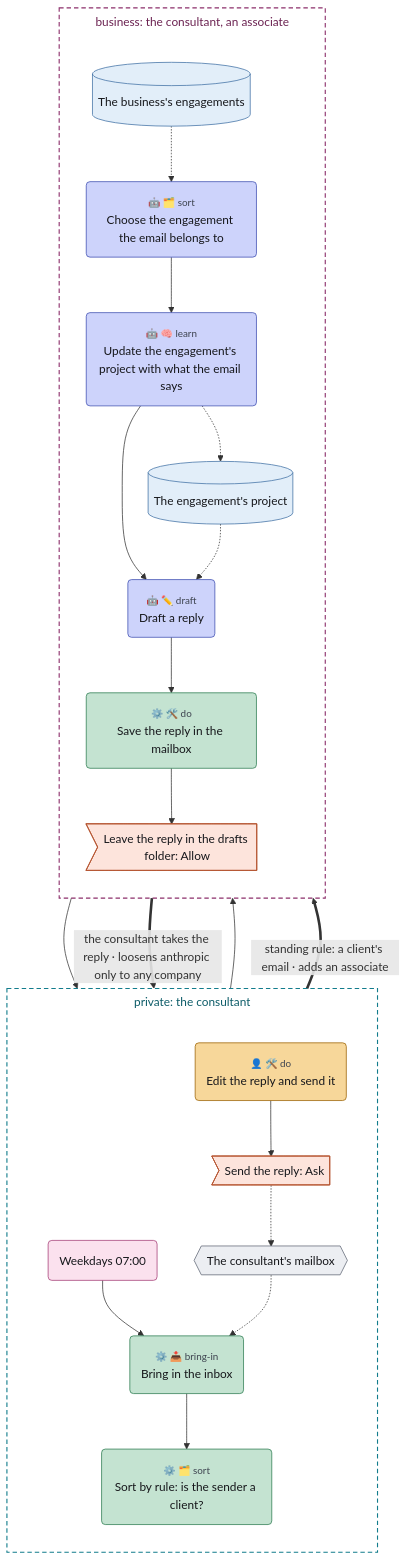
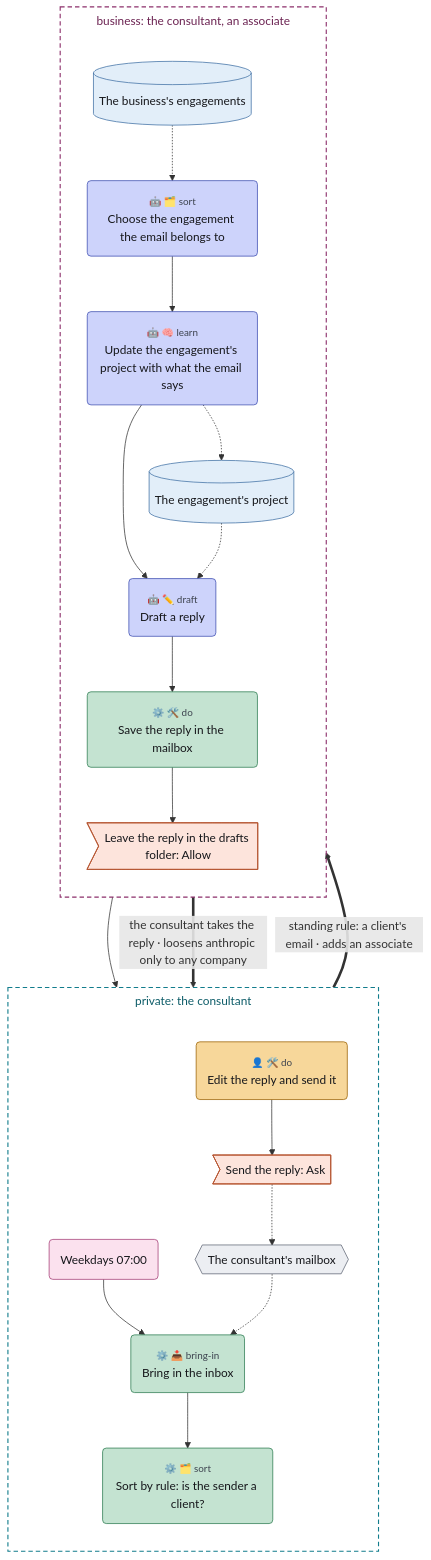
One commit to chrismdp/awml changed the diagram in plugins/awml/skills/awml/references/examples/client-email.mmd. Above: the diagram before and after it, drawn with Mermaid. The commit also changed 14 other files, not shown here.

```diff
--- a/plugins/awml/skills/awml/references/examples/client-email.mmd
+++ b/plugins/awml/skills/awml/references/examples/client-email.mmd
@@ -1,65 +1,64 @@
 ---
 config:
   theme: default
   fontFamily: Inter, sans-serif
   flowchart:
     useMaxWidth: false
     subGraphTitleMargin:
       top: 6
       bottom: 30
 ---
 flowchart TB
   subgraph private["private#58; the consultant"]
     direction TB
     mailbox{{"The consultant#39;s mailbox"}}
     weekdays("Weekdays 07#58;00")
     bring("<small style='color:rgb(61,67,79)'>⚙️ 📥 bring-in</small><br>Bring in the inbox")
     rules("<small style='color:rgb(61,67,79)'>⚙️ 🗂️ sort</small><br>Sort by rule#58; is the sender a client#63;")
     edit("<small style='color:rgb(61,67,79)'>👤 🛠️ do</small><br>Edit the reply and send it")
     send>"Send the reply#58; Ask"]
   end
   subgraph business["business#58; the consultant#44; an associate"]
     direction TB
     engagements[("The business#39;s engagements")]
     choose("<small style='color:rgb(61,67,79)'>🤖 🗂️ sort</small><br>Choose the engagement the email belongs to")
     learn("<small style='color:rgb(61,67,79)'>🤖 🧠 learn</small><br>Update the engagement#39;s project with what the email says")
     project[("The engagement#39;s project")]
     draft("<small style='color:rgb(61,67,79)'>🤖 ✏️ draft</small><br>Draft a reply")
     save("<small style='color:rgb(61,67,79)'>⚙️ 🛠️ do</small><br>Save the reply in the mailbox")
     saved>"Leave the reply in the drafts folder#58; Allow"]
   end
 
   weekdays --> bring
   mailbox -.-> bring
   bring --> rules
-  rules --> choose
   rules ==>|"standing rule#58; a client#39;s email · adds an associate"| choose
   engagements -.-> choose
   choose --> learn
   learn -.-> project
   learn --> draft
   project -.-> draft
   draft --> save
   save --> saved
   save --> edit
   saved ==>|"the consultant takes the reply · loosens anthropic only to any company"| edit
   edit --> send
   send -.-> mailbox
   classDef trig fill:#fbe1ee,stroke:#a33a74,color:#16171b
   classDef ctx fill:#e2eef9,stroke:#3d6fa3,color:#16171b
   classDef con fill:#eceef2,stroke:#5d6472,color:#16171b
   classDef surf fill:#ffffff,stroke:#2a2d35,stroke-width:1.5px,color:#16171b
   classDef out fill:#fde4dc,stroke:#b5532f,color:#16171b
   classDef ai fill:#cdd3fb,stroke:#3b4bb0,color:#16171b
   classDef code fill:#c4e3d1,stroke:#2b7a4f,color:#16171b
   classDef person fill:#f7d79a,stroke:#9a6100,color:#16171b
   classDef gap fill:#ffffff,stroke:#8a93a3,stroke-dasharray:4 3,color:#6b7280
   class weekdays trig
   class engagements,project ctx
   class mailbox con
   class saved,send out
   class choose,learn,draft ai
   class bring,rules,save code
   class edit person
   style private fill:transparent,stroke:#127c8c,stroke-width:1.5px,stroke-dasharray:6 4,color:#0d5c68
   style business fill:transparent,stroke:#8c2f6b,stroke-width:1.5px,stroke-dasharray:6 4,color:#6b2251
```
